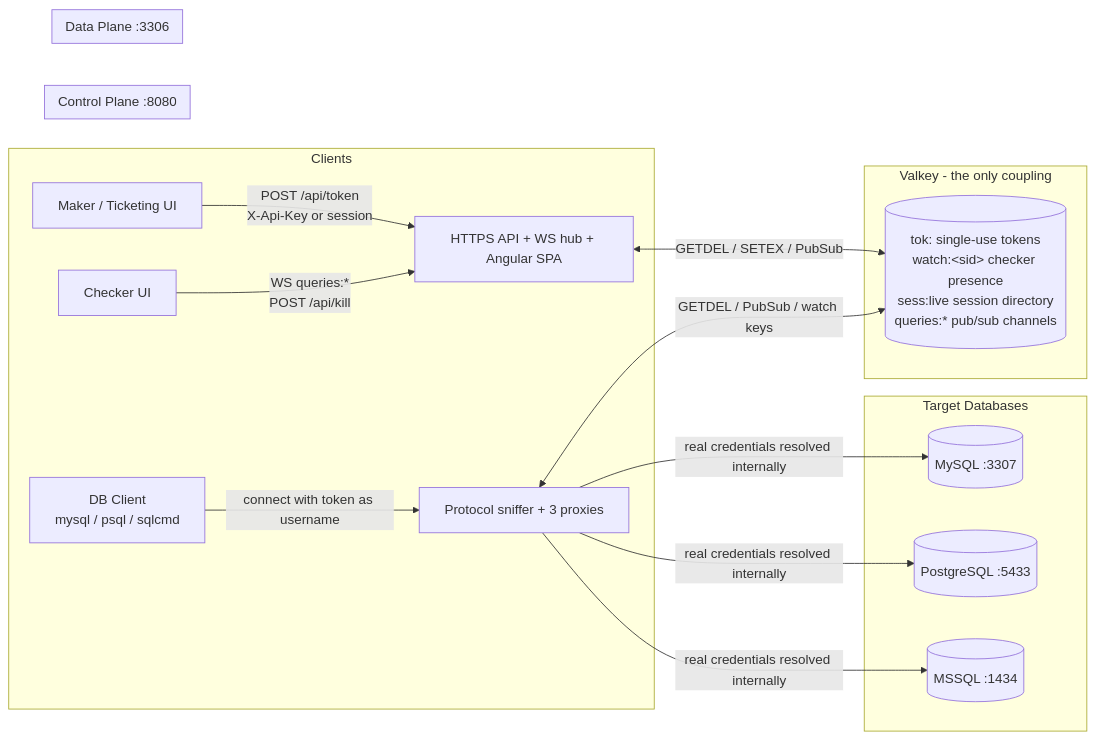
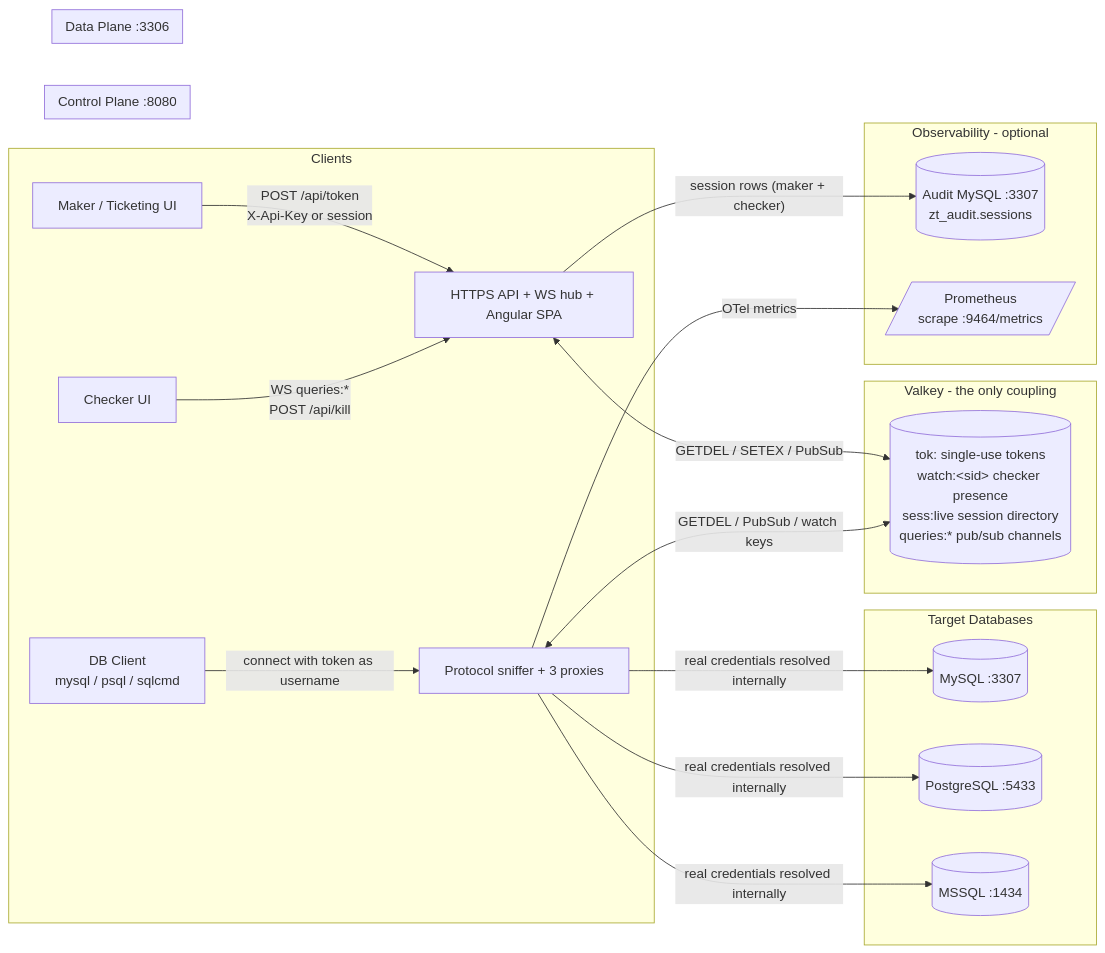
The diagram in docs/01-architecture-overview.md (YiRongTeo/db_proxy), drawn with Mermaid before and after one commit. The commit also changed 3 other files, not shown here.

Commit message:
docs: add audit persistence + otel metrics pages

````diff
--- a/docs/01-architecture-overview.md
+++ b/docs/01-architecture-overview.md
@@ -14,32 +14,39 @@
 ```mermaid
 flowchart LR
     subgraph Clients
         M[Maker / Ticketing UI] -->|"POST /api/token<br/>X-Api-Key or session"| C
         K[Checker UI] -->|"WS queries:*<br/>POST /api/kill"| C
         DB[DB Client<br/>mysql / psql / sqlcmd] -->|"connect with token as username"| D
     end
 
     subgraph ControlPlane [Control Plane :8080]
         C[HTTPS API + WS hub + Angular SPA]
     end
 
     subgraph Valkey [Valkey - the only coupling]
         V[(tok: single-use tokens<br/>watch:&lt;sid&gt; checker presence<br/>sess:live session directory<br/>queries:* pub/sub channels)]
     end
 
     subgraph DataPlane [Data Plane :3306]
         D[Protocol sniffer + 3 proxies]
     end
 
     subgraph Databases [Target Databases]
         MY[(MySQL :3307)]
         PG[(PostgreSQL :5433)]
         MS[(MSSQL :1434)]
     end
 
+    subgraph Observability [Observability - optional]
+        AU[(Audit MySQL :3307<br/>zt_audit.sessions)]
+        PM[/"Prometheus<br/>scrape :9464/metrics"/]
+    end
+
     C <-->|"GETDEL / SETEX / PubSub"| V
     D <-->|"GETDEL / PubSub / watch keys"| V
     D -->|"real credentials resolved internally"| MY
     D -->|"real credentials resolved internally"| PG
     D -->|"real credentials resolved internally"| MS
+    C -->|"session rows (maker + checker)"| AU
+    D -->|"OTel metrics"| PM
 ```
````
